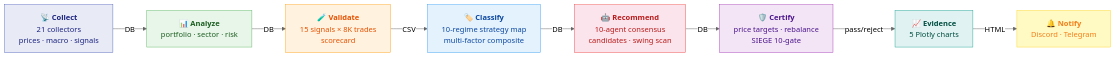
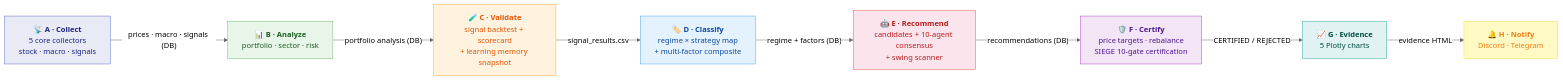
Before and after one commit to researcherhojin/nuri-quant: the diagram in README.md, drawn with Mermaid (neutral theme). The commit also changed other lines of this file, not shown here.

Commit message:
docs: refactor README pipeline mermaid with precise phase details
- Mermaid: add phase letters (A-H), explicit data flow labels on edges
- Phase A: clarify 5 core collectors in full-scan vs 11 in make collect
- Phase C: add memory --snapshot (missing)
- Phase F: clarify SIEGE certification as sub-step
- Key Features: add SSE reasoning trace, investment rules UI

````diff
--- a/README.md
+++ b/README.md
@@ -19,22 +19,28 @@
 ```mermaid
 graph LR
-    A["📡 <b>Collect</b><br/>21 collectors<br/>prices · macro · signals"]
-    B["📊 <b>Analyze</b><br/>portfolio · sector · risk"]
-    C["🧪 <b>Validate</b><br/>15 signals × 8K trades<br/>scorecard"]
-    D["🏷️ <b>Classify</b><br/>10-regime strategy map<br/>multi-factor composite"]
-    E["🤖 <b>Recommend</b><br/>10-agent consensus<br/>candidates · swing scan"]
-    F["🛡️ <b>Certify</b><br/>price targets · rebalance<br/>SIEGE 10-gate"]
-    G["📈 <b>Evidence</b><br/>5 Plotly charts"]
-    H["🔔 <b>Notify</b><br/>Discord · Telegram"]
+    A["📡 <b>A · Collect</b><br/>5 core collectors<br/>stock · macro · signals"]
+    B["📊 <b>B · Analyze</b><br/>portfolio · sector · risk"]
+    C["🧪 <b>C · Validate</b><br/>signal backtest + scorecard<br/>+ learning memory snapshot"]
+    D["🏷️ <b>D · Classify</b><br/>regime × strategy map<br/>+ multi-factor composite"]
+    E["🤖 <b>E · Recommend</b><br/>candidates + 10-agent consensus<br/>+ swing scanner"]
+    F["🛡️ <b>F · Certify</b><br/>price targets · rebalance<br/>SIEGE 10-gate certification"]
+    G["📈 <b>G · Evidence</b><br/>5 Plotly charts"]
+    H["🔔 <b>H · Notify</b><br/>Discord · Telegram"]
 
-    A -->|DB| B -->|DB| C -->|CSV| D -->|DB| E -->|DB| F -->|pass/reject| G -->|HTML| H
+    A -->|"prices · macro · signals (DB)"| B
+    B -->|"portfolio analysis (DB)"| C
+    C -->|"signal_results.csv"| D
+    D -->|"regime + factors (DB)"| E
+    E -->|"recommendations (DB)"| F
+    F -->|"CERTIFIED / REJECTED"| G
+    G -->|"evidence HTML"| H
 
     style A fill:#e8eaf6,stroke:#5c6bc0,color:#1a237e
     style B fill:#e8f5e9,stroke:#66bb6a,color:#1b5e20
     style C fill:#fff3e0,stroke:#ffa726,color:#e65100
     style D fill:#e3f2fd,stroke:#42a5f5,color:#0d47a1
     style E fill:#fce4ec,stroke:#ef5350,color:#b71c1c
     style F fill:#f3e5f5,stroke:#ab47bc,color:#4a148c
     style G fill:#e0f2f1,stroke:#26a69a,color:#004d40
     style H fill:#fff9c4,stroke:#fdd835,color:#f57f17
 ```
````
